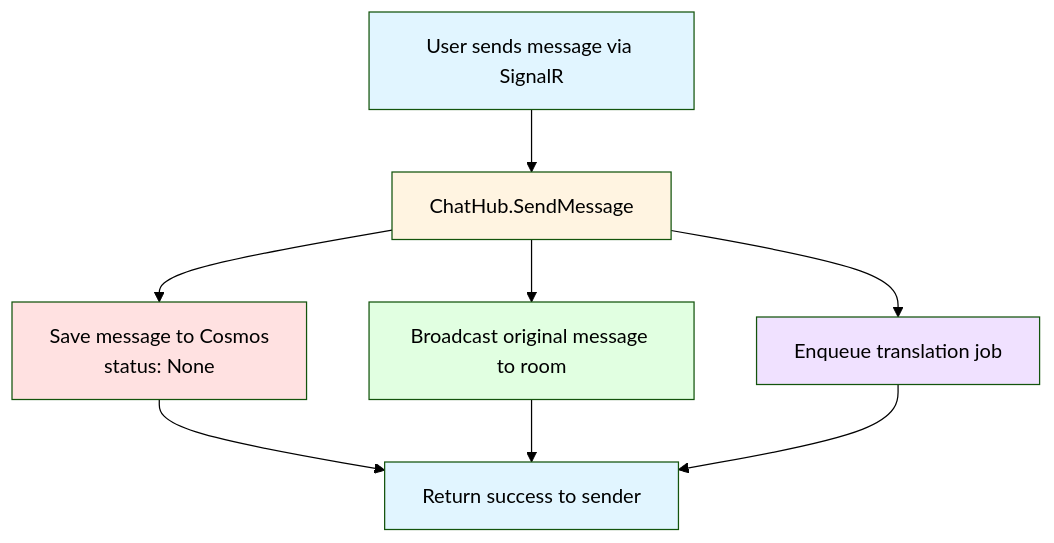
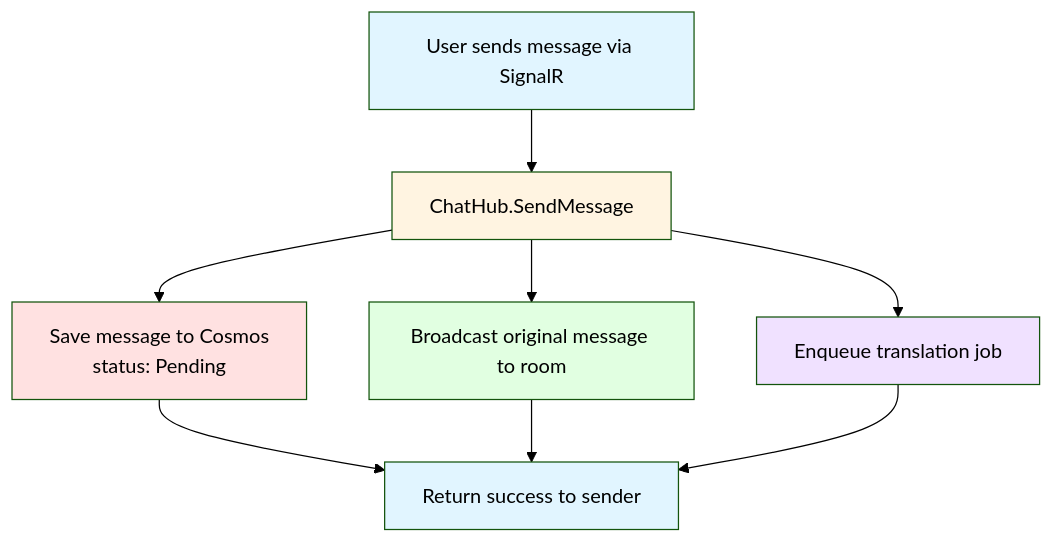
The third of 5 diagrams in docs/architecture/translation-architecture.md (smereczynski/SignalR-Chat), drawn with Mermaid (forest theme) before and after one commit. The commit also changed other lines of this file and 11 other files, not shown here.

Commit message:
docs: update translation flow and language docs

````diff
--- a/docs/architecture/translation-architecture.md
+++ b/docs/architecture/translation-architecture.md
@@ -207,17 +225,17 @@
 ```mermaid
 flowchart TD
     A[User sends message via SignalR] --> B[ChatHub.SendMessage]
-    B --> C[Save message to Cosmos<br/>status: None]
+    B --> C[Save message to Cosmos<br/>status: Pending]
     B --> D[Broadcast original message to room]
     B --> E[Enqueue translation job]
     C --> F[Return success to sender]
     D --> F
     E --> F
     
     style A fill:#e1f5ff
     style B fill:#fff4e1
     style C fill:#ffe1e1
     style D fill:#e1ffe1
     style E fill:#f0e1ff
     style F fill:#e1f5ff
 ```
````
